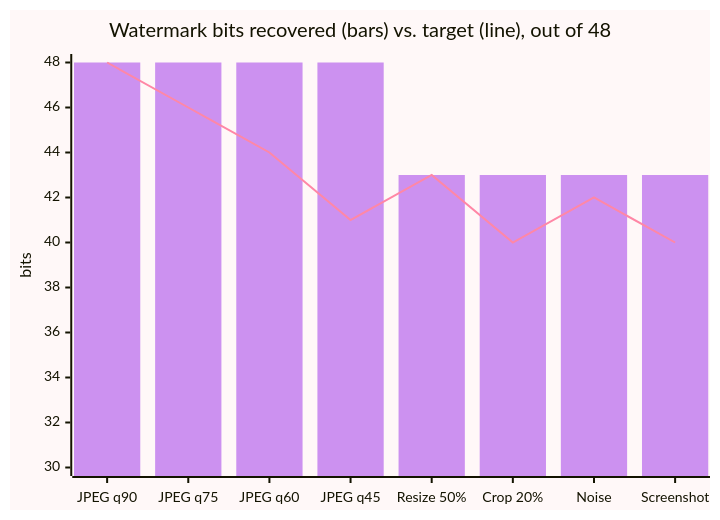
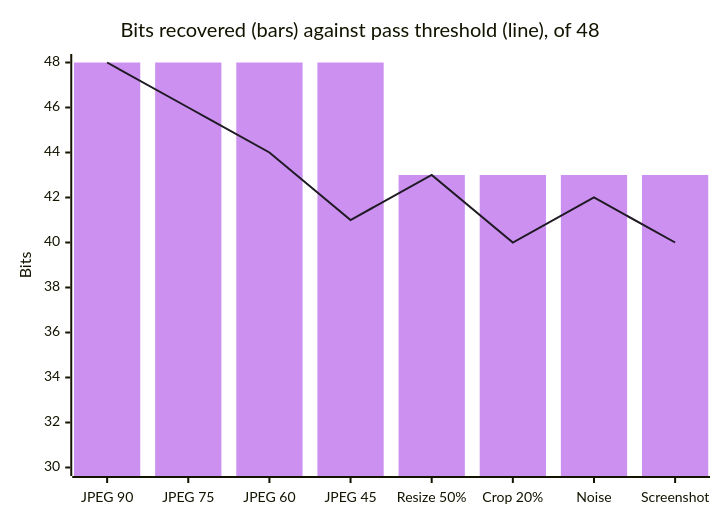
Before and after one commit to TIRTHPATEL3086/idex_trinetra: the second of 2 diagrams in README.md, drawn with Mermaid. The commit also changed other lines of this file, not shown here.

````diff
--- a/README.md
+++ b/README.md
@@ -66,9 +90,9 @@
 ```mermaid
-%%{init: {'theme':'base','themeVariables':{'xyChart':{'backgroundColor':'#fff8f8','plotColorPalette':'#cc91f0, #ff87a6'}}}}%%
+%%{init: {'theme':'base','themeVariables':{'fontFamily':'Inter, -apple-system, Segoe UI, sans-serif','xyChart':{'backgroundColor':'#ffffff','plotColorPalette':'#cc91f0, #1f1a23'}}}}%%
 xychart-beta
-    title "Watermark bits recovered (bars) vs. target (line), out of 48"
-    x-axis ["JPEG q90", "JPEG q75", "JPEG q60", "JPEG q45", "Resize 50%", "Crop 20%", "Noise", "Screenshot"]
-    y-axis "bits" 30 --> 48
+    title "Bits recovered (bars) against pass threshold (line), of 48"
+    x-axis ["JPEG 90", "JPEG 75", "JPEG 60", "JPEG 45", "Resize 50%", "Crop 20%", "Noise", "Screenshot"]
+    y-axis "Bits" 30 --> 48
     bar [48, 48, 48, 48, 43, 43, 43, 43]
     line [48, 46, 44, 41, 43, 40, 42, 40]
 ```
````
